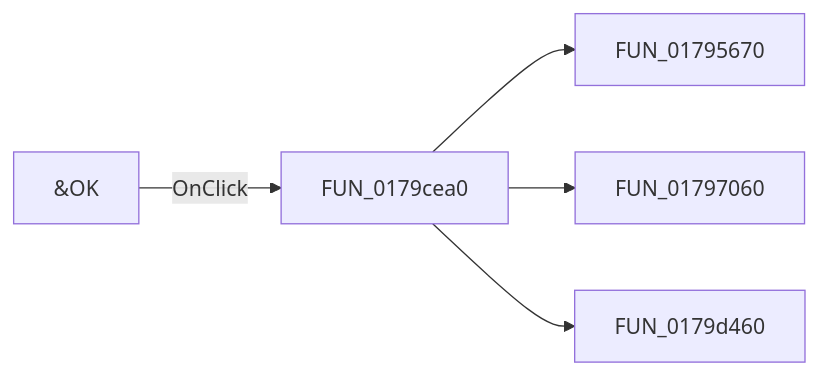
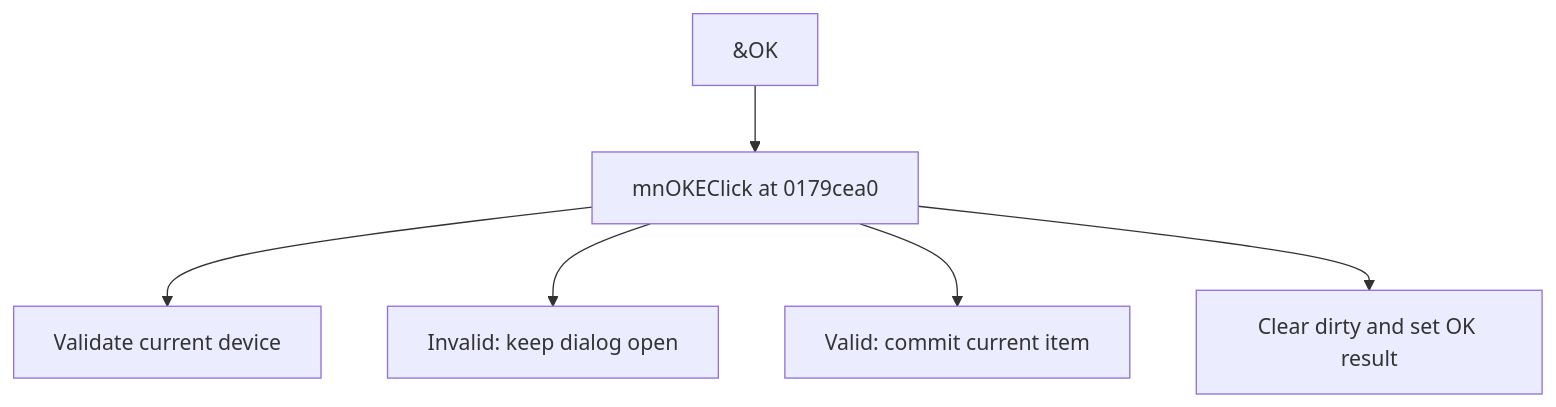
Before and after one commit to MovGP0/TIARA: the diagram in docs/ui-controls/shapeedit/mnoke-fca75a7a30.md, drawn with Mermaid. The commit also changed other lines of this file and 1062 other files, not shown here.

````diff
--- a/docs/ui-controls/shapeedit/mnoke-fca75a7a30.md
+++ b/docs/ui-controls/shapeedit/mnoke-fca75a7a30.md
@@ -27,7 +27,8 @@
 ```mermaid
-flowchart LR
-    control["&OK"] -->|OnClick| handler["FUN_0179cea0"]
-    handler --> call1["FUN_01795670"]
-    handler --> call2["FUN_01797060"]
-    handler --> call3["FUN_0179d460"]
+flowchart TD
+    control["&OK"] --> handler["mnOKEClick at 0179cea0"]
+    handler --> step1["Validate current device"]
+    handler --> step2["Invalid: keep dialog open"]
+    handler --> step3["Valid: commit current item"]
+    handler --> step4["Clear dirty and set OK result"]
 ```
````
